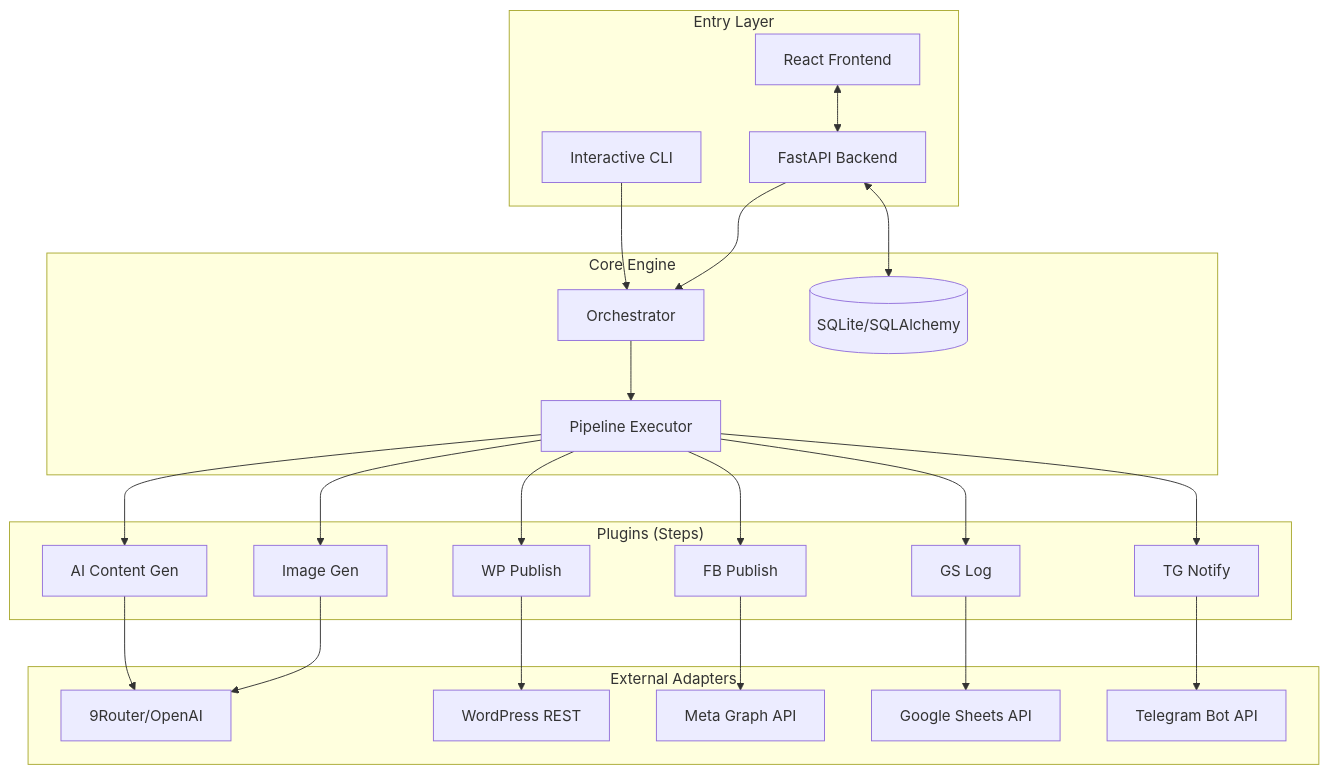
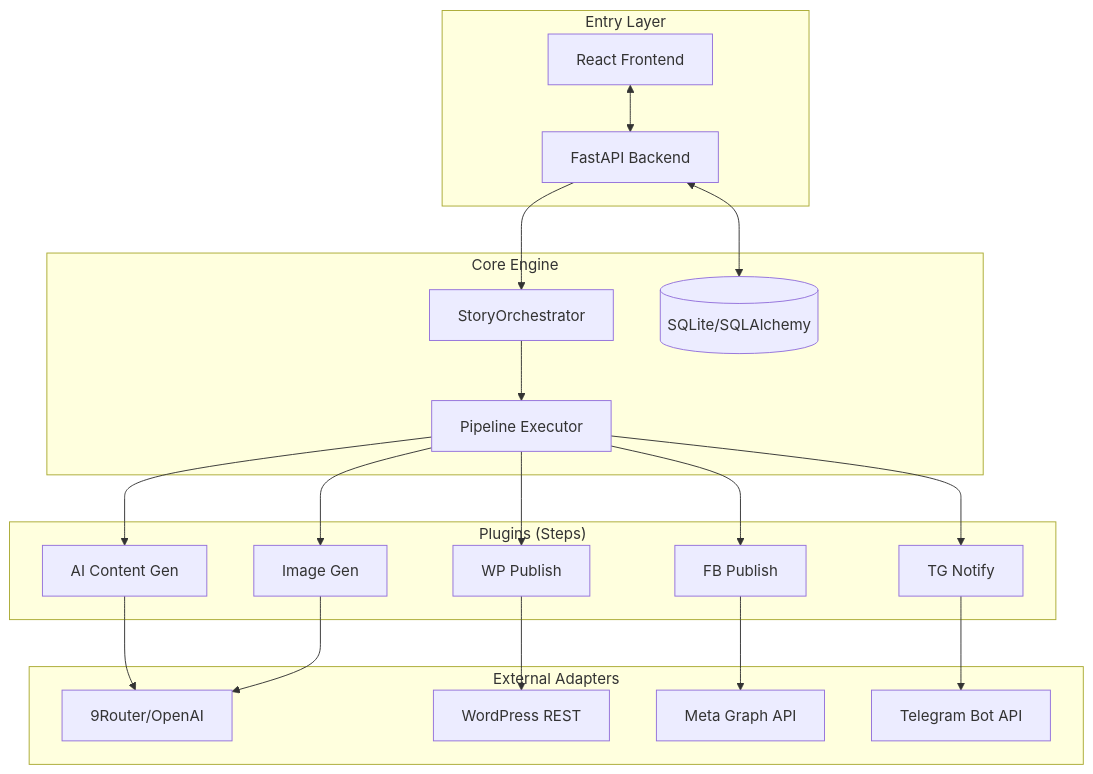
The diagram in README.md (hadat112/Blog-autogen), drawn with Mermaid before and after one commit. The commit also changed other lines of this file and 127 other files, not shown here.

````diff
--- a/README.md
+++ b/README.md
@@ -62,44 +61,39 @@
 ```mermaid
 graph TD
     subgraph "Entry Layer"
-        CLI[Interactive CLI]
         WebUI[React Frontend]
         API[FastAPI Backend]
     end
 
     subgraph "Core Engine"
-        ORC[Orchestrator]
+        ORC[StoryOrchestrator]
         DB[(SQLite/SQLAlchemy)]
         PL[Pipeline Executor]
     end
 
     subgraph "Plugins (Steps)"
         P1[AI Content Gen]
         P2[Image Gen]
         P3[WP Publish]
         P4[FB Publish]
-        P5[GS Log]
-        P6[TG Notify]
+        P5[TG Notify]
     end
 
     subgraph "External Adapters"
         AI[9Router/OpenAI]
         WP[WordPress REST]
         FB[Meta Graph API]
-        GS[Google Sheets API]
         TG[Telegram Bot API]
     end
 
     WebUI <--> API
     API <--> DB
-    CLI --> ORC
     API --> ORC
     ORC --> PL
-    PL --> P1 & P2 & P3 & P4 & P5 & P6
+    PL --> P1 & P2 & P3 & P4 & P5
 
     P1 & P2 --> AI
     P3 --> WP
     P4 --> FB
-    P5 --> GS
-    P6 --> TG
+    P5 --> TG
 ```
````
